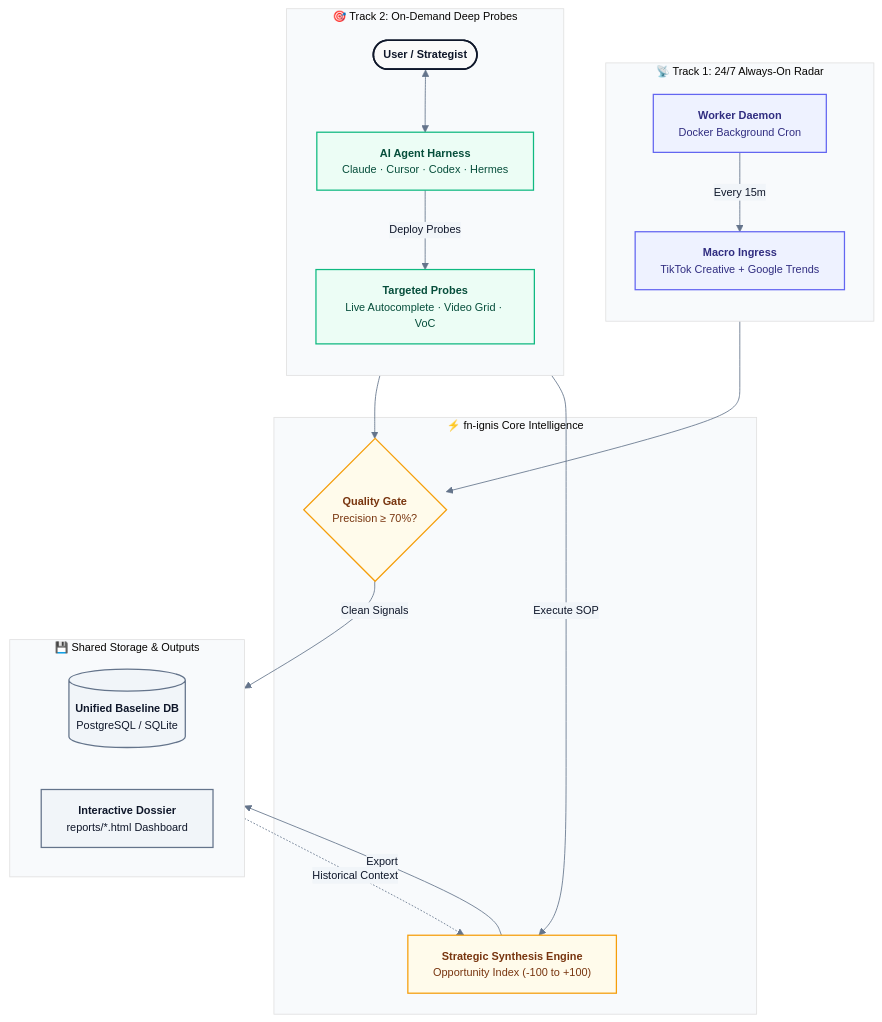
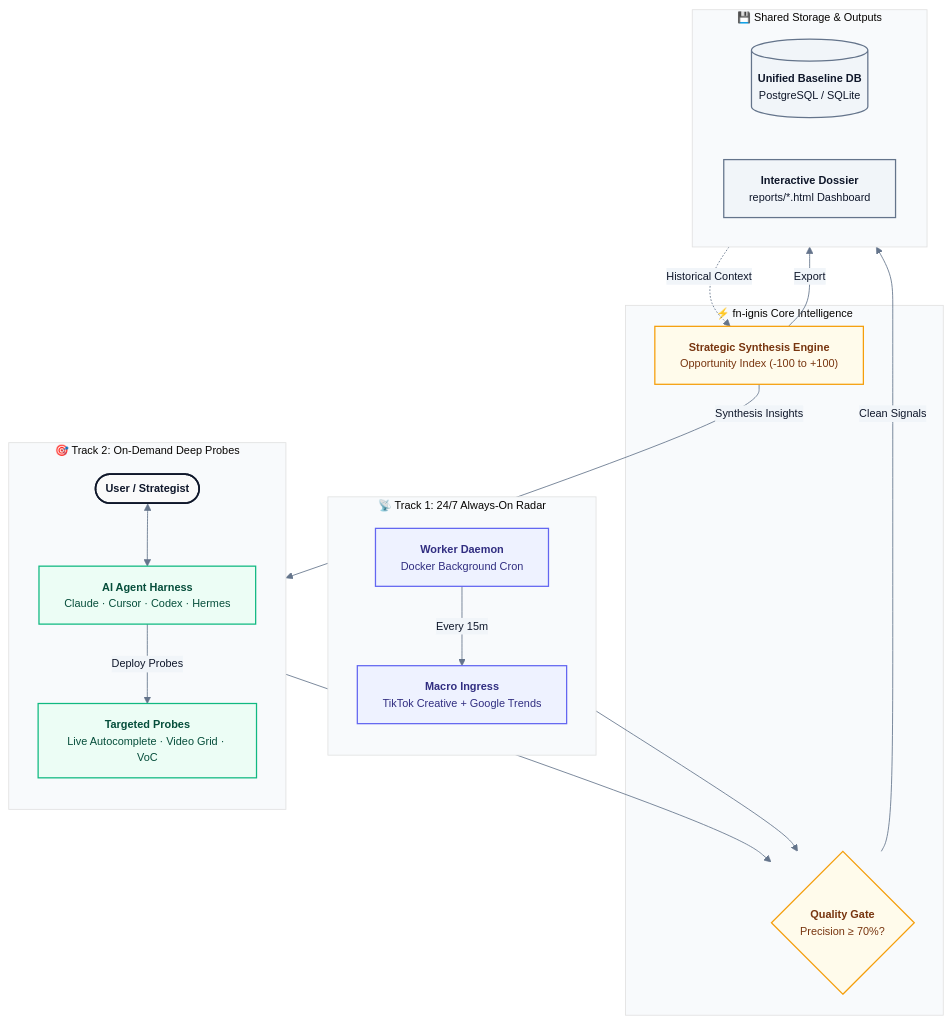
One commit to fioenix/fn-ignis changed the diagram in README.md. Above: the diagram before and after it, drawn with Mermaid. The commit also changed 4 other files, not shown here.

Commit message:
Fix architecture diagram arrow routing from Opportunity Engine to AI Agent

````diff
--- a/README.md
+++ b/README.md
@@ -42,52 +42,52 @@
 ```mermaid
 %%{init: {'theme': 'base', 'themeVariables': { 'fontFamily': 'ui-sans-serif, system-ui, sans-serif', 'fontSize': '13px', 'primaryColor': '#F8FAFC', 'primaryTextColor': '#0F172A', 'primaryBorderColor': '#CBD5E1', 'lineColor': '#64748B', 'secondaryColor': '#F1F5F9', 'tertiaryColor': '#F8FAFC'}}}%%
 flowchart TB
     %% Inputs
     subgraph T1["📡 Track 1: 24/7 Always-On Radar"]
         direction TB
         W["<b>Worker Daemon</b><br/>Docker Background Cron"]
         P1["<b>Macro Ingress</b><br/>TikTok Creative + Google Trends"]
         W -->|Every 15m| P1
     end
 
     subgraph T2["🎯 Track 2: On-Demand Deep Probes"]
         direction TB
         User(["<b>User / Strategist</b>"]) <--> Agent["<b>AI Agent Harness</b><br/>Claude · Cursor · Codex · Hermes"]
         P2["<b>Targeted Probes</b><br/>Live Autocomplete · Video Grid · VoC"]
         Agent -->|Deploy Probes| P2
     end
 
     %% Engine & Gate
     subgraph Core["⚡ fn-ignis Core Intelligence"]
         QGate{"<b>Quality Gate</b><br/>Precision &ge; 70%?"}
         Synth["<b>Strategic Synthesis Engine</b><br/>Opportunity Index (-100 to +100)"]
     end
 
     %% Persistence & Outputs
     subgraph Storage["💾 Shared Storage & Outputs"]
         direction LR
         DB[("<b>Unified Baseline DB</b><br/>PostgreSQL / SQLite")]
         Artifact["<b>Interactive Dossier</b><br/>reports/*.html Dashboard"]
     end
 
     %% Cross connections
     P1 --> QGate
     P2 --> QGate
     QGate -->|Clean Signals| DB
     DB -.->|Historical Context| Synth
-    Agent -->|Execute SOP| Synth
+    Synth -->|Synthesis Insights| Agent
     Synth -->|Export| Artifact
 
     %% Styling classes
     classDef radar fill:#EEF2FF,stroke:#6366F1,stroke-width:1.5px,color:#312E81;
     classDef probe fill:#ECFDF5,stroke:#10B981,stroke-width:1.5px,color:#064E3B;
     classDef core fill:#FFFBEB,stroke:#F59E0B,stroke-width:1.5px,color:#78350F;
     classDef storage fill:#F1F5F9,stroke:#64748B,stroke-width:1.5px,color:#0F172A;
     classDef highlight fill:#FAFAFA,stroke:#0F172A,stroke-width:2px,color:#0F172A;
 
     class W,P1 radar;
     class Agent,P2 probe;
     class QGate,Synth core;
     class DB,Artifact storage;
     class User highlight;
 ```
````
